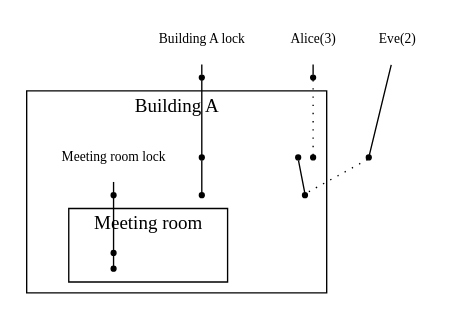
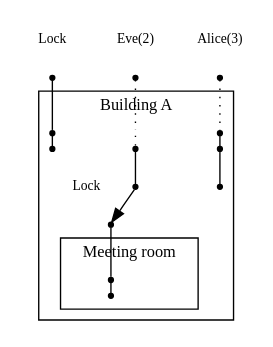
Before and after one commit to mikeylinton/Thion: the diagram in out.dot, drawn with Graphviz. The commit also changed 6 other files, not shown here.

```diff
--- a/out.dot
+++ b/out.dot
@@ -1,28 +1,40 @@
 digraph {
-ranksep=".1"; nodesep=".1"; splines="line"; weight=1000; edge [dir=none fontsize=10 weight=1000]; node [shape=point fontsize=10 weight=1000]
-"Building_A" [shape=none] [label="Building A lock"]
-	Building_A -> "0(Building_A)"
+fontsize=12; ranksep=".1"; nodesep=".1"; splines="line"; weight=1000; edge [dir=none fontsize=10 weight=1000]; node [shape=point fontsize=10 weight=1000]
+
+#a -> c [dir=forward]
+
+"Building_A" [shape=none] [label="Lock"]
+	Building_A -> "0(Building_A)" [style=invis]
 "Alice" [shape=none] [label="Alice(3)"]
-	Alice -> "0(Alice)"
+	Alice -> "0(Alice)" [style=invis]
 { rank=same; edge[style=invis] "Building_A" -> "Alice" }
 "Eve" [shape=none] [label="Eve(2)"]
-	Eve -> "0(Eve)"
+	Eve -> "0(Eve)" [style=invis]
 { rank=same; edge[style=invis] "Building_A" -> "Eve" }
 	"0(Building_A)" -> "1(Building_A)"
 "0(Alice)" -> "1(Alice)" [style=dotted]
-"0(Eve)" -> "2(Eve)" [style=dotted]
+"0(Eve)" -> "1(Eve)" [style=dotted]
+
 	subgraph cluster_Building_A {
 	label="Building A"
-	"Building_A_Meeting_room" [shape=none] [label="Meeting room lock"]
-		Building_A_Meeting_room -> "0(Building_A_Meeting_room)"
+	"Building_A_Meeting_room" [shape=none] [label="Lock"]
+		Building_A_Meeting_room -> "0(Building_A_Meeting_room)" [style=invis]
+		"1(Building_A)"
 		"1(Alice)"
+		"1(Eve)" [style=invis]
 		"1(Building_A)" -> "2(Building_A)"
-		"1(Eve)" -> "2(Eve)"
+		"1(Alice)" -> "2(Alice)" -> "3(Alice)"		
+		"1(Eve)" -> "2(Eve)" [style=dotted]
+		"3(Eve)"
+		"2(Eve)" -> "3(Eve)"
+		{ rank=same; edge[style=invis] "Building_A" -> "Eve" }
+		#"3(Alice)" -> "3(Eve)" [dir=forward]
+		"3(Eve)" -> "0(Building_A_Meeting_room)" [dir=forward]
 		"0(Building_A_Meeting_room)" -> "1(Building_A_Meeting_room)"
 		subgraph cluster_Building_A_Meeting_room {
 		label="Meeting room"
 			"1(Building_A_Meeting_room)"
 			"1(Building_A_Meeting_room)" -> "2(Building_A_Meeting_room)"
 		}
 	}
 }
```
